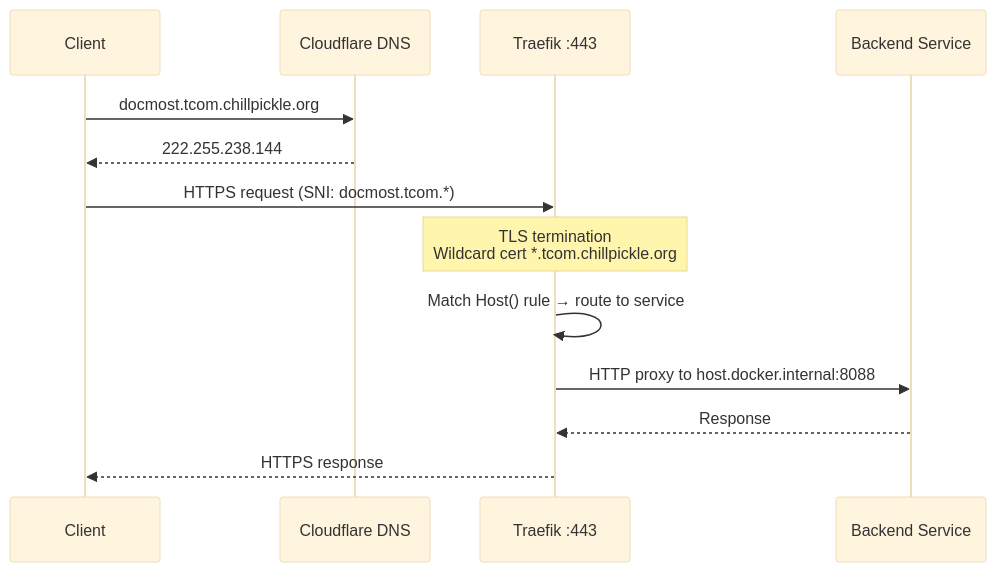
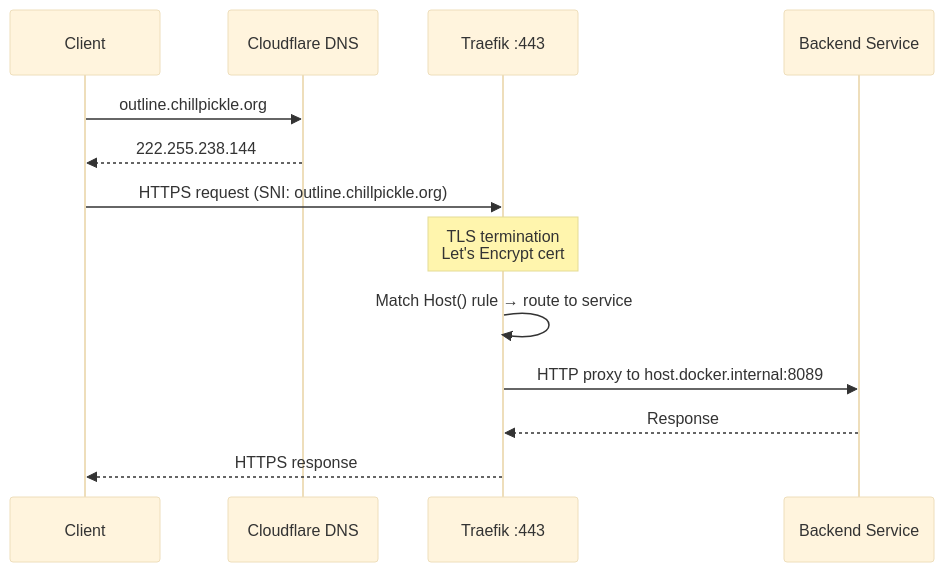
Before and after one commit to chill-pickle/vps-000: the second of 4 diagrams in docs/infrastructure.md, drawn with Mermaid (base theme). The commit also changed other lines of this file and 10 other files, not shown here.

Commit message:
Replace Docmost with Outline wiki service

````diff
--- a/docs/infrastructure.md
+++ b/docs/infrastructure.md
@@ -41,17 +41,17 @@
 ```mermaid
 sequenceDiagram
     participant C as Client
     participant CF as Cloudflare DNS
     participant T as Traefik :443
     participant S as Backend Service
 
-    C->>CF: docmost.tcom.chillpickle.org
+    C->>CF: outline.chillpickle.org
     CF-->>C: 222.255.238.144
 
-    C->>T: HTTPS request (SNI: docmost.tcom.*)
-    Note over T: TLS termination<br/>Wildcard cert *.tcom.chillpickle.org
+    C->>T: HTTPS request (SNI: outline.chillpickle.org)
+    Note over T: TLS termination<br/>Let's Encrypt cert
     T->>T: Match Host() rule → route to service
-    T->>S: HTTP proxy to host.docker.internal:8088
+    T->>S: HTTP proxy to host.docker.internal:8089
     S-->>T: Response
     T-->>C: HTTPS response
 ```
````
